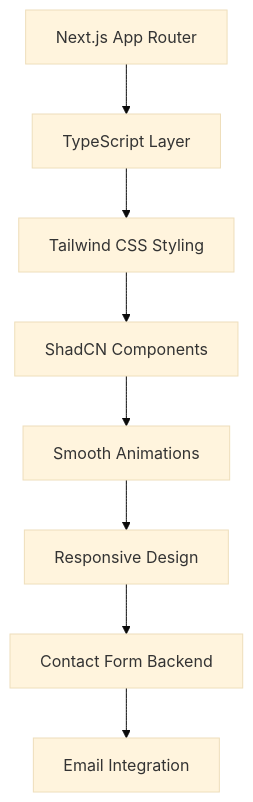
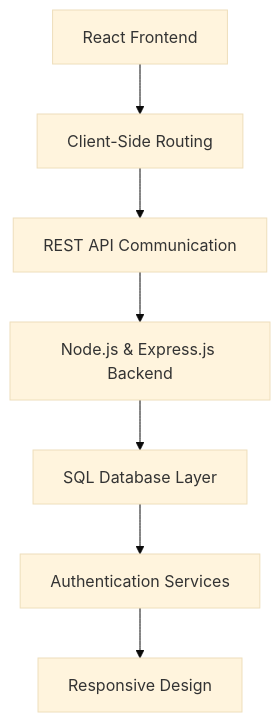
One commit to AadityaPanda/Portfolio changed the diagram in README.md. Above: the diagram before and after it, drawn with Mermaid (base theme). The commit also changed other lines of this file and 2 other files, not shown here.

````diff
--- a/README.md
+++ b/README.md
@@ -165,10 +164,9 @@
 ```mermaid
 graph TD
-    A[Next.js App Router] --> B[TypeScript Layer]
-    B --> C[Tailwind CSS Styling]
-    C --> D[ShadCN Components]
-    D --> E[Smooth Animations]
-    E --> F[Responsive Design]
-    F --> G[Contact Form Backend]
-    G --> H[Email Integration]
+    A[React Frontend] --> B[Client-Side Routing]
+    B --> C[REST API Communication]
+    C --> D[Node.js & Express.js Backend]
+    D --> E[SQL Database Layer]
+    E --> F[Authentication Services]
+    F --> G[Responsive Design]
 ```
````
